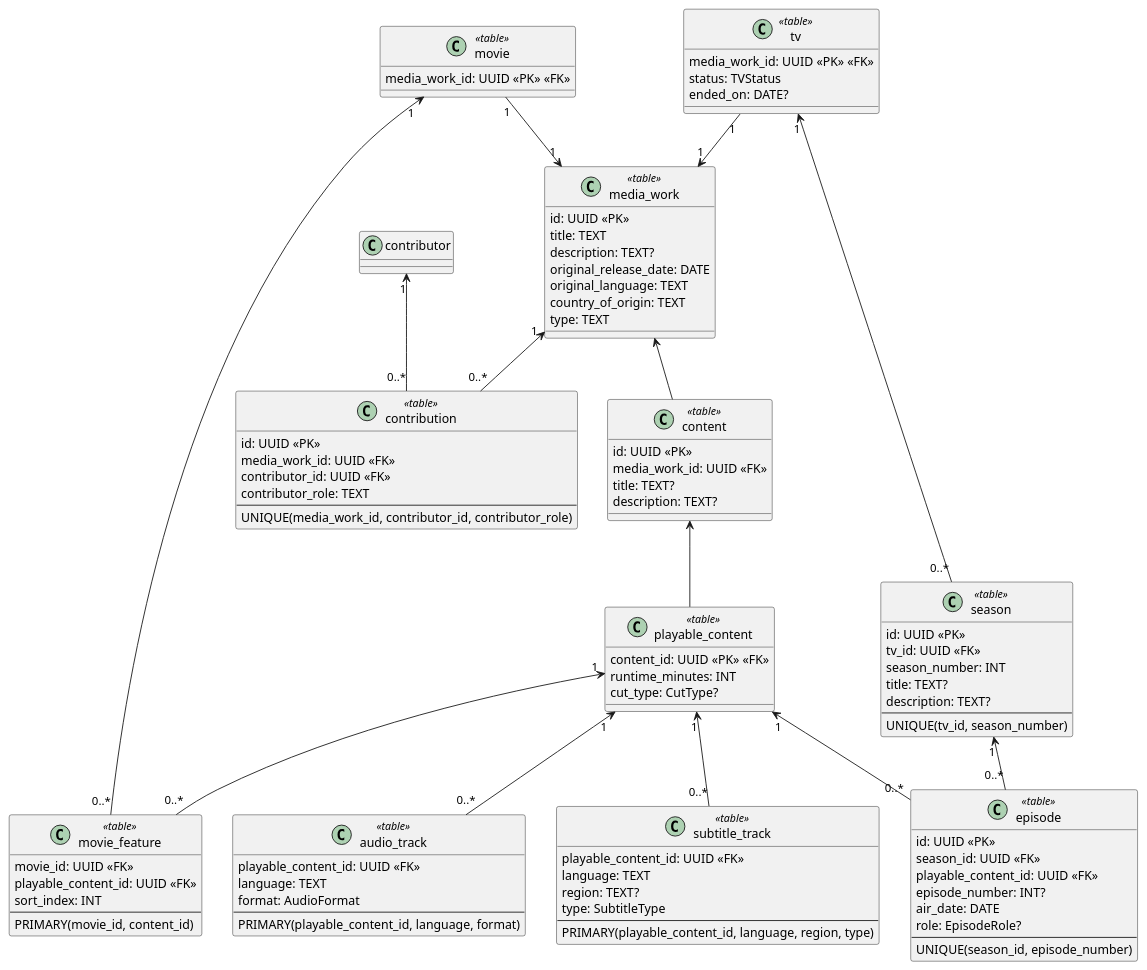
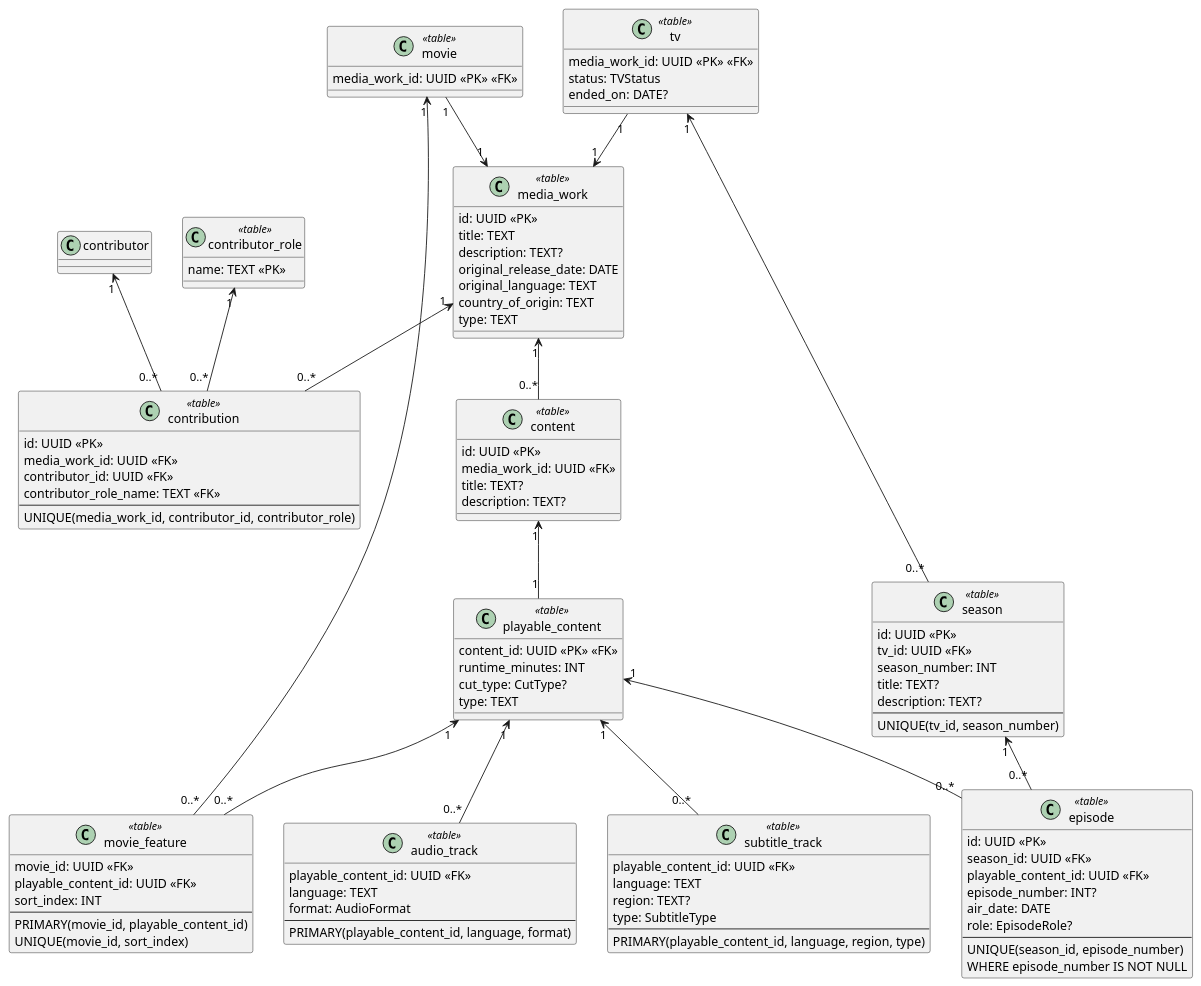
The diagram in docs/uml/data/media_work.data.puml (yantue/colleq), drawn with PlantUML before and after one commit. The commit also changed 2 other files, not shown here.

```diff
--- a/docs/uml/data/media_work.data.puml
+++ b/docs/uml/data/media_work.data.puml
@@ -1,122 +1,131 @@
 @startuml
 skinparam classAttributeIconSize 0
 
 ' ===== CORE =====
 class media_work <<table>> {
     id: UUID <<PK>>
     title: TEXT
     description: TEXT?
     original_release_date: DATE
     original_language: TEXT
     country_of_origin: TEXT
     type: TEXT
 }
 
 ' ===== CONTRIBUTIONS =====
 class contribution <<table>> {
     id: UUID <<PK>>
     media_work_id: UUID <<FK>>
     contributor_id: UUID <<FK>>
-    contributor_role: TEXT
+    contributor_role_name: TEXT <<FK>>
     --
     UNIQUE(media_work_id, contributor_id, contributor_role)
 }
 
 media_work "1" <-- "0..*" contribution
+
+class contributor_role <<table>> {
+    name: TEXT <<PK>>
+}
+
+contributor_role "1" <-- "0..*" contribution
 
 ' ===== CONTENT =====
 class content <<table>> {
     id: UUID <<PK>>
     media_work_id: UUID <<FK>>
     title: TEXT?
     description: TEXT?
 }
 
-media_work <-- content
+media_work "1" <-- "0..*" content
 
 class playable_content <<table>> {
     content_id: UUID <<PK>> <<FK>>
     runtime_minutes: INT
     cut_type: CutType?
+    type: TEXT
 }
 
-content <-- playable_content
+content "1" <-- "1" playable_content
 
 class audio_track <<table>> {
     playable_content_id: UUID <<FK>>
     language: TEXT
     format: AudioFormat
     --
     PRIMARY(playable_content_id, language, format)
 }
 
 playable_content "1" <-- "0..*" audio_track
 
 class subtitle_track <<table>> {
     playable_content_id: UUID <<FK>>
     language: TEXT
     region: TEXT?
     type: SubtitleType
     --
     PRIMARY(playable_content_id, language, region, type)
 }
 
 playable_content "1" <-- "0..*" subtitle_track
 
 ' ===== MOVIE =====
 class movie <<table>> {
     media_work_id: UUID <<PK>> <<FK>>
 }
 
 movie "1" --> "1" media_work
 
 class movie_feature <<table>> {
      movie_id: UUID <<FK>>
      playable_content_id: UUID <<FK>>
      sort_index: INT
      --
-     PRIMARY(movie_id, content_id)
+     PRIMARY(movie_id, playable_content_id)
+     UNIQUE(movie_id, sort_index)
 }
 
 movie "1" <-- "0..*" movie_feature
 playable_content "1" <-- "0..*" movie_feature
 
 ' ===== TV =====
 class tv <<table>> {
     media_work_id: UUID <<PK>> <<FK>>
     status: TVStatus
     ended_on: DATE?
 }
 
 tv "1" --> "1" media_work
 
 class season <<table>> {
     id: UUID <<PK>>
     tv_id: UUID <<FK>>
     season_number: INT
     title: TEXT?
     description: TEXT?
     --
     UNIQUE(tv_id, season_number)
 }
 
 tv "1" <-- "0..*" season
 
 class episode <<table>> {
     id: UUID <<PK>>
     season_id: UUID <<FK>>
     playable_content_id: UUID <<FK>>
     episode_number: INT?
     air_date: DATE
     role: EpisodeRole?
     --
     UNIQUE(season_id, episode_number)
+    WHERE episode_number IS NOT NULL
 }
 
 season "1" <-- "0..*" episode
 playable_content "1" <-- "0..*" episode
 
 ' ===== CROSS-AGGREGATE REFERENCE =====
 contributor "1" <-- "0..*" contribution
 
 @enduml
```
